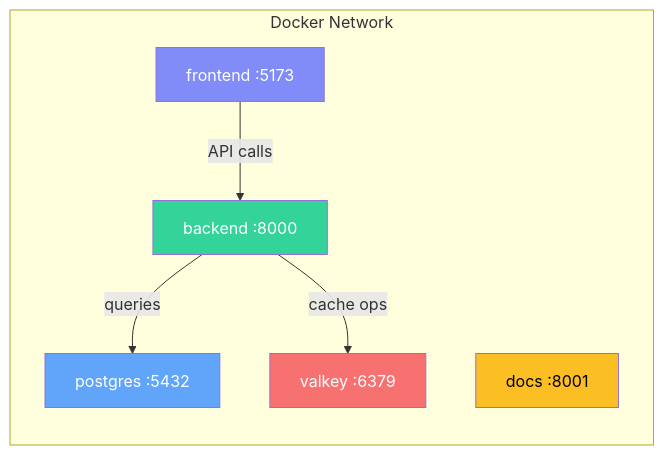
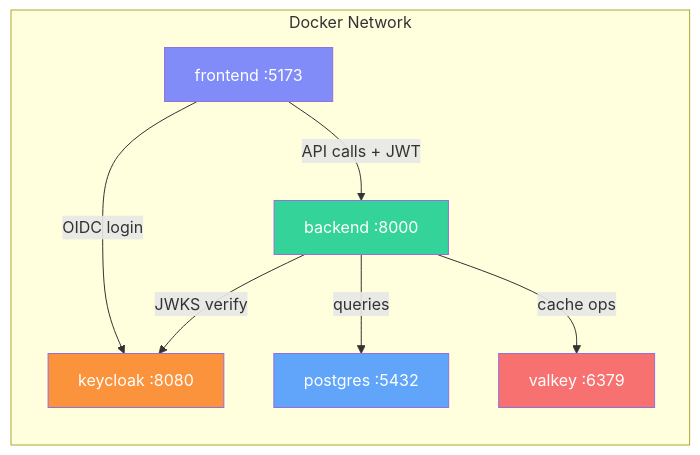
Before and after one commit to arjunraghurama/tiny-url: the fifth of 5 diagrams in docs/architecture.md, drawn with Mermaid. The commit also changed other lines of this file and 22 other files, not shown here.

````diff
--- a/docs/architecture.md
+++ b/docs/architecture.md
@@ -117,20 +160,22 @@
 ```mermaid
 graph LR
     subgraph Docker Network
         FE["frontend :5173"]
+        KC["keycloak :8080"]
         BE["backend :8000"]
         DB["postgres :5432"]
         CA["valkey :6379"]
-        DO["docs :8001"]
     end
 
-    FE -->|"API calls"| BE
+    FE -->|"OIDC login"| KC
+    FE -->|"API calls + JWT"| BE
+    BE -->|"JWKS verify"| KC
     BE -->|"queries"| DB
     BE -->|"cache ops"| CA
 
     style FE fill:#818cf8,color:#fff
+    style KC fill:#fb923c,color:#fff
     style BE fill:#34d399,color:#fff
     style DB fill:#60a5fa,color:#fff
     style CA fill:#f87171,color:#fff
-    style DO fill:#fbbf24,color:#000
 ```
````
